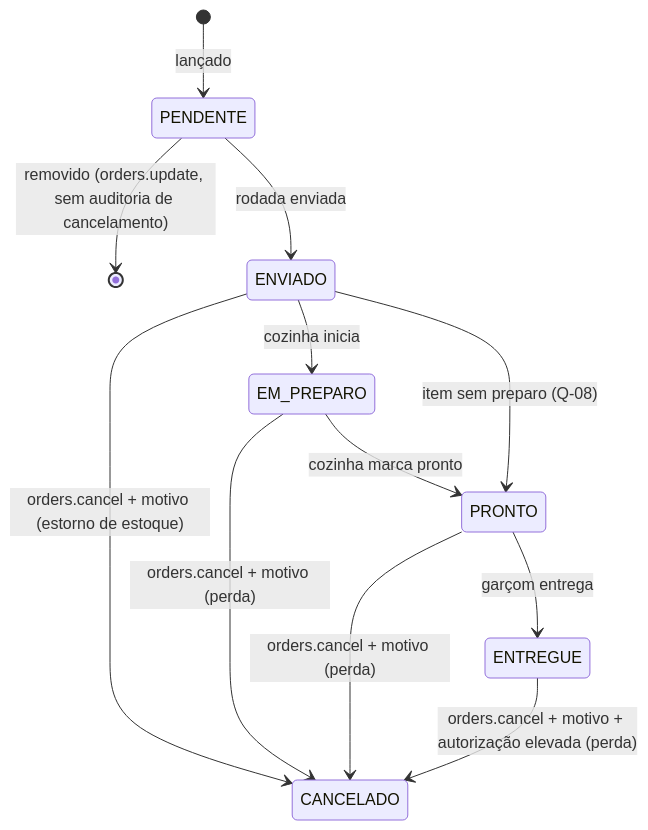
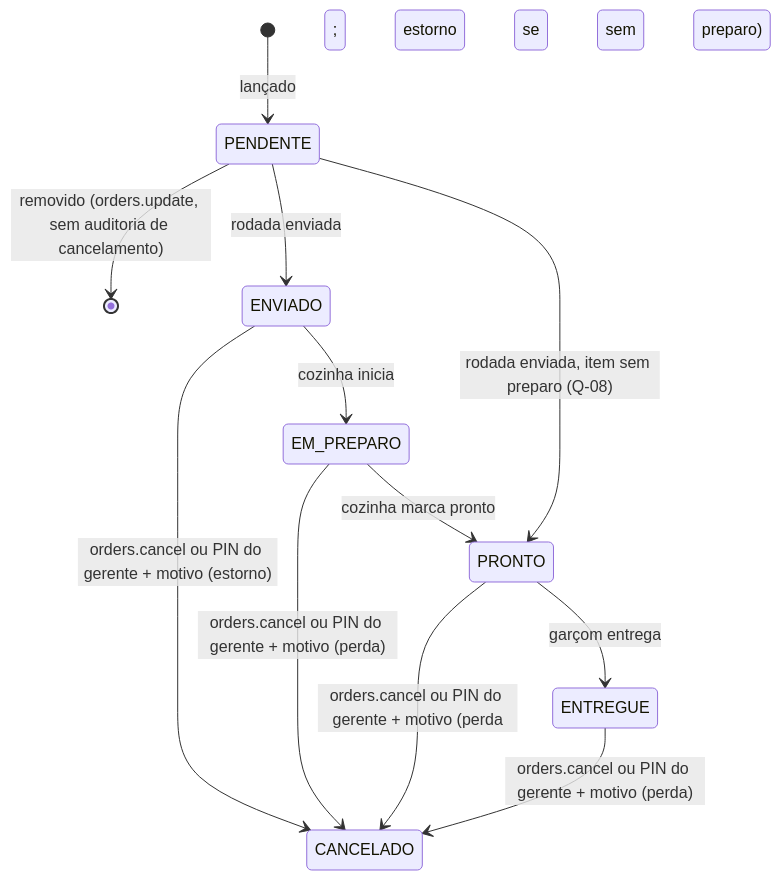
Before and after one commit to marlonerick/erp-mesa-restaurante: the third of 6 diagrams in maps/flows/estados.md, drawn with Mermaid. The commit also changed other lines of this file and 83 other files, not shown here.

````diff
--- a/maps/flows/estados.md
+++ b/maps/flows/estados.md
@@ -36,14 +40,14 @@
 ```mermaid
 stateDiagram-v2
   [*] --> PENDENTE: lançado
   PENDENTE --> [*]: removido (orders.update, sem auditoria de cancelamento)
   PENDENTE --> ENVIADO: rodada enviada
   ENVIADO --> EM_PREPARO: cozinha inicia
   EM_PREPARO --> PRONTO: cozinha marca pronto
   PRONTO --> ENTREGUE: garçom entrega
-  ENVIADO --> PRONTO: item sem preparo (Q-08)
-  ENVIADO --> CANCELADO: orders.cancel + motivo (estorno de estoque)
-  EM_PREPARO --> CANCELADO: orders.cancel + motivo (perda)
-  PRONTO --> CANCELADO: orders.cancel + motivo (perda)
-  ENTREGUE --> CANCELADO: orders.cancel + motivo + autorização elevada (perda)
+  PENDENTE --> PRONTO: rodada enviada, item sem preparo (Q-08)
+  ENVIADO --> CANCELADO: orders.cancel ou PIN do gerente + motivo (estorno)
+  EM_PREPARO --> CANCELADO: orders.cancel ou PIN do gerente + motivo (perda)
+  PRONTO --> CANCELADO: orders.cancel ou PIN do gerente + motivo (perda; estorno se sem preparo)
+  ENTREGUE --> CANCELADO: orders.cancel ou PIN do gerente + motivo (perda)
 ```
````
